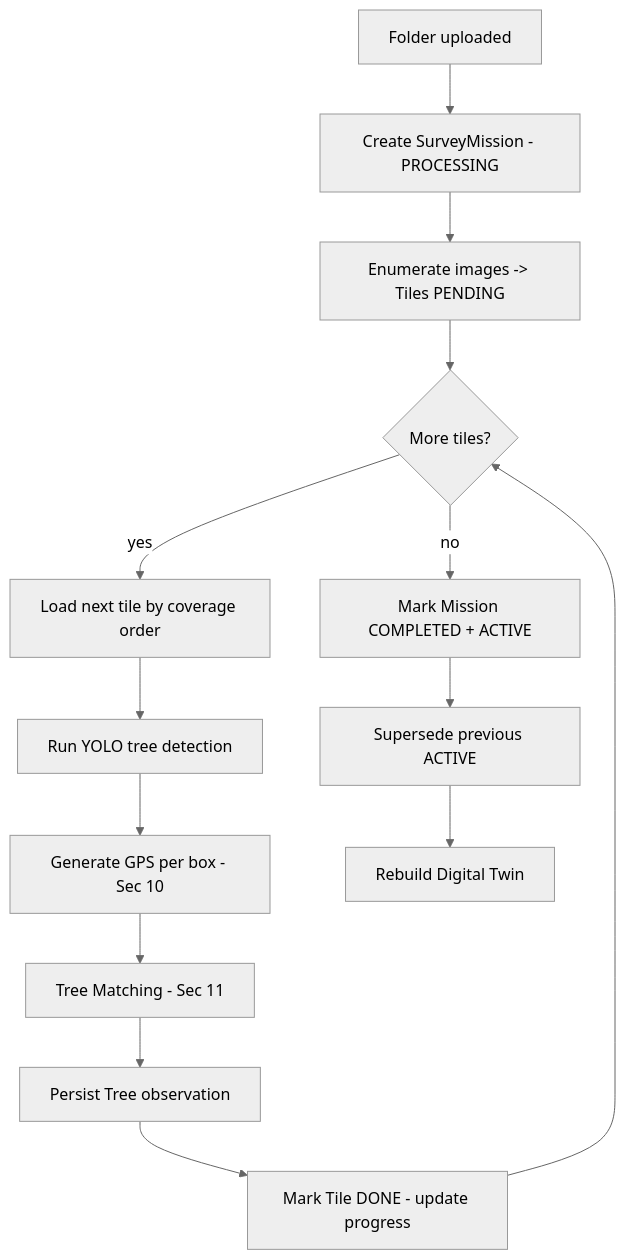
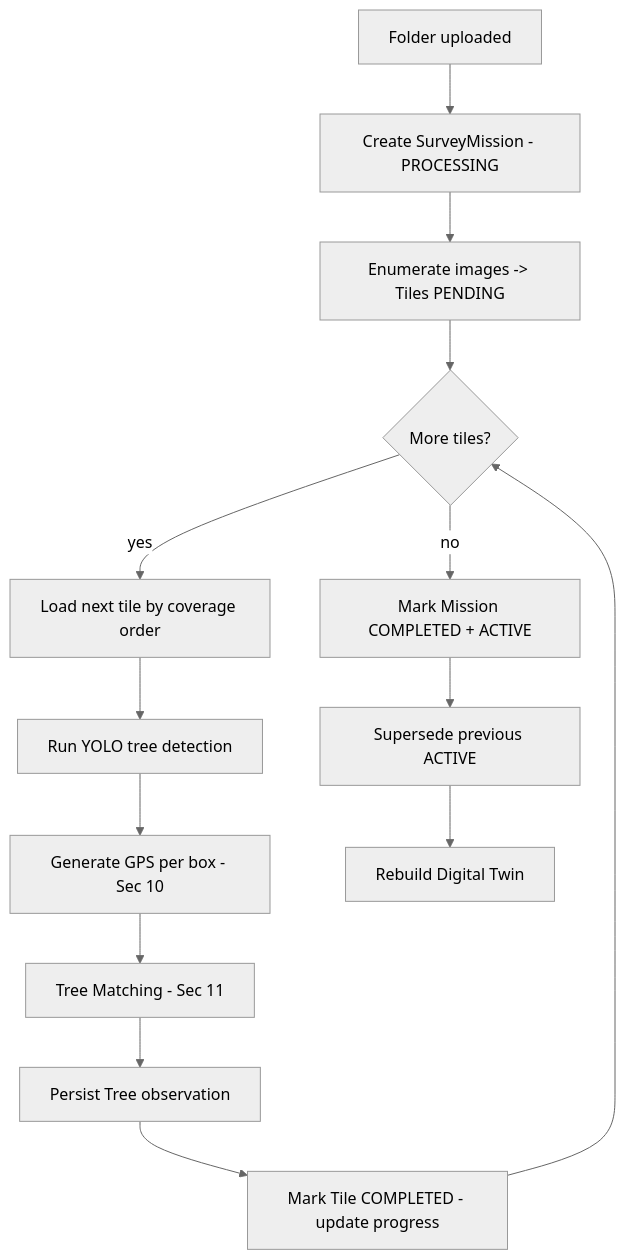
Before and after one commit to Maheshh-S/autonomous-coconut-harvester: the fourth of 34 diagrams in PROJECT_SPECIFICATION.md, drawn with Mermaid (neutral theme). The commit also changed other lines of this file and 9 other files, not shown here.

````diff
--- a/PROJECT_SPECIFICATION.md
+++ b/PROJECT_SPECIFICATION.md
@@ -663,16 +663,16 @@
 ```mermaid
 flowchart TD
     A[Folder uploaded] --> B[Create SurveyMission - PROCESSING]
     B --> C[Enumerate images -> Tiles PENDING]
     C --> D{More tiles?}
     D -->|yes| E[Load next tile by coverage order]
     E --> F[Run YOLO tree detection]
     F --> G[Generate GPS per box - Sec 10]
     G --> H[Tree Matching - Sec 11]
     H --> I[Persist Tree observation]
-    I --> J[Mark Tile DONE - update progress]
+    I --> J[Mark Tile COMPLETED - update progress]
     J --> D
     D -->|no| K[Mark Mission COMPLETED + ACTIVE]
     K --> L[Supersede previous ACTIVE]
     L --> M[Rebuild Digital Twin]
 ```
````
